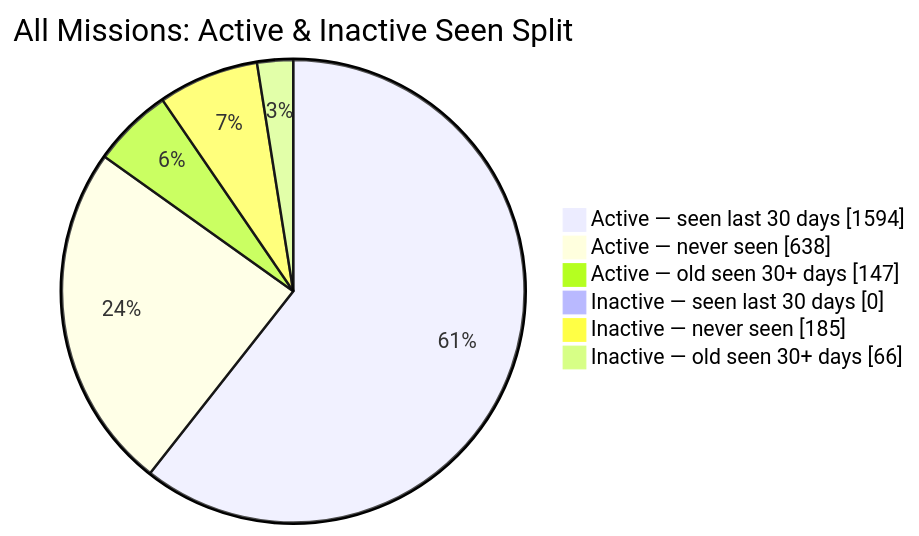
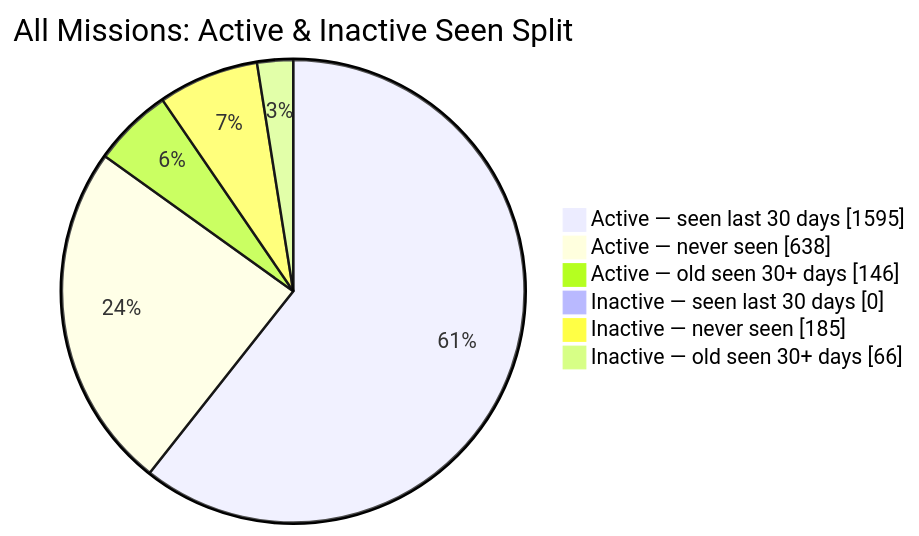
One commit to MeldkamerspelGameTeam/active-missions changed the second of 2 diagrams in README.md. Above: the diagram before and after it, drawn with Mermaid. The commit also changed other lines of this file and 2 other files, not shown here.

````diff
--- a/README.md
+++ b/README.md
@@ -44,10 +44,10 @@
 ```mermaid
 pie showData
     title All Missions: Active & Inactive Seen Split
-    "Active — seen last 30 days" : 1594
+    "Active — seen last 30 days" : 1595
     "Active — never seen" : 638
-    "Active — old seen 30+ days" : 147
+    "Active — old seen 30+ days" : 146
     "Inactive — seen last 30 days" : 0
     "Inactive — never seen" : 185
     "Inactive — old seen 30+ days" : 66
 ```
````
